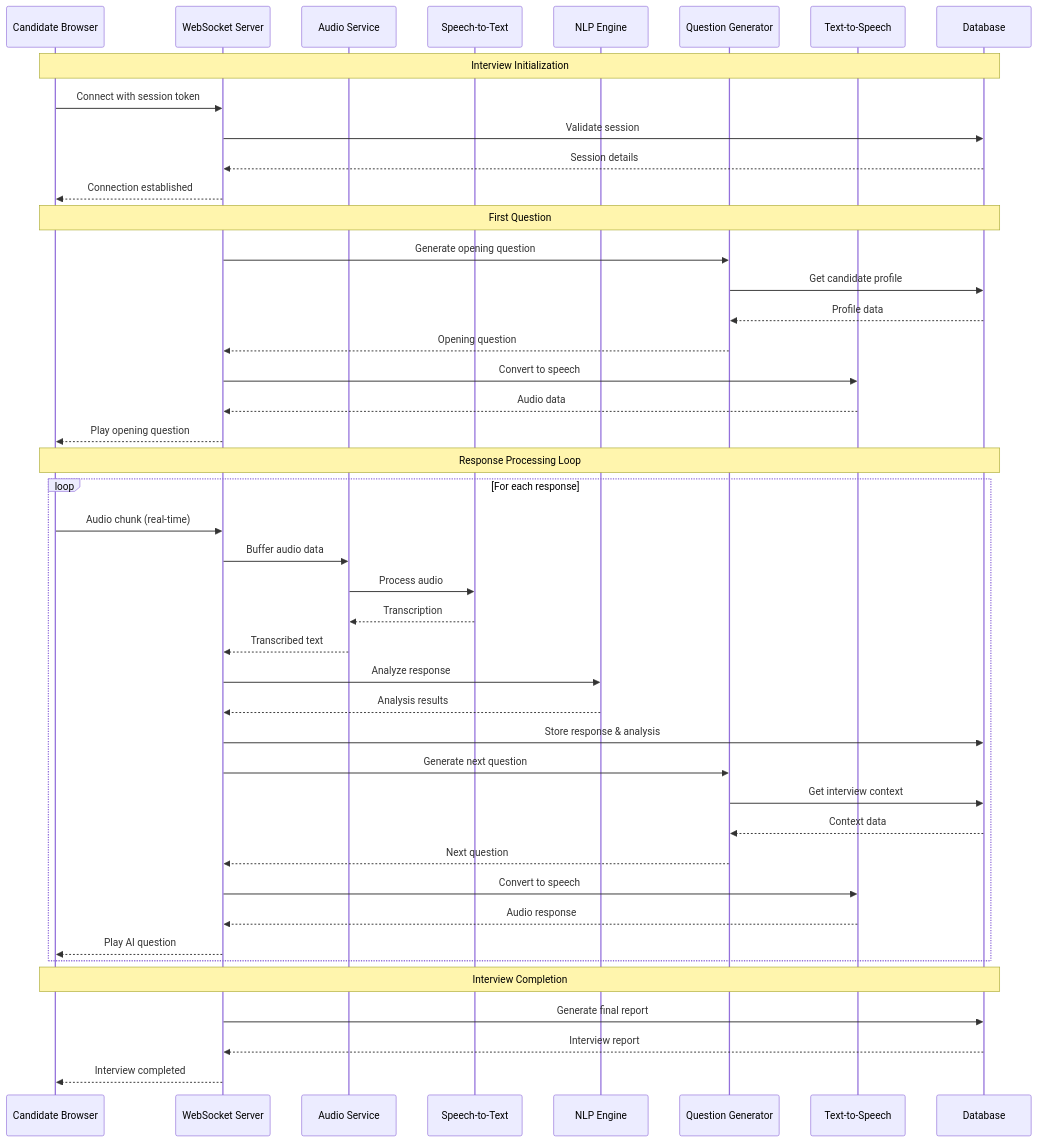
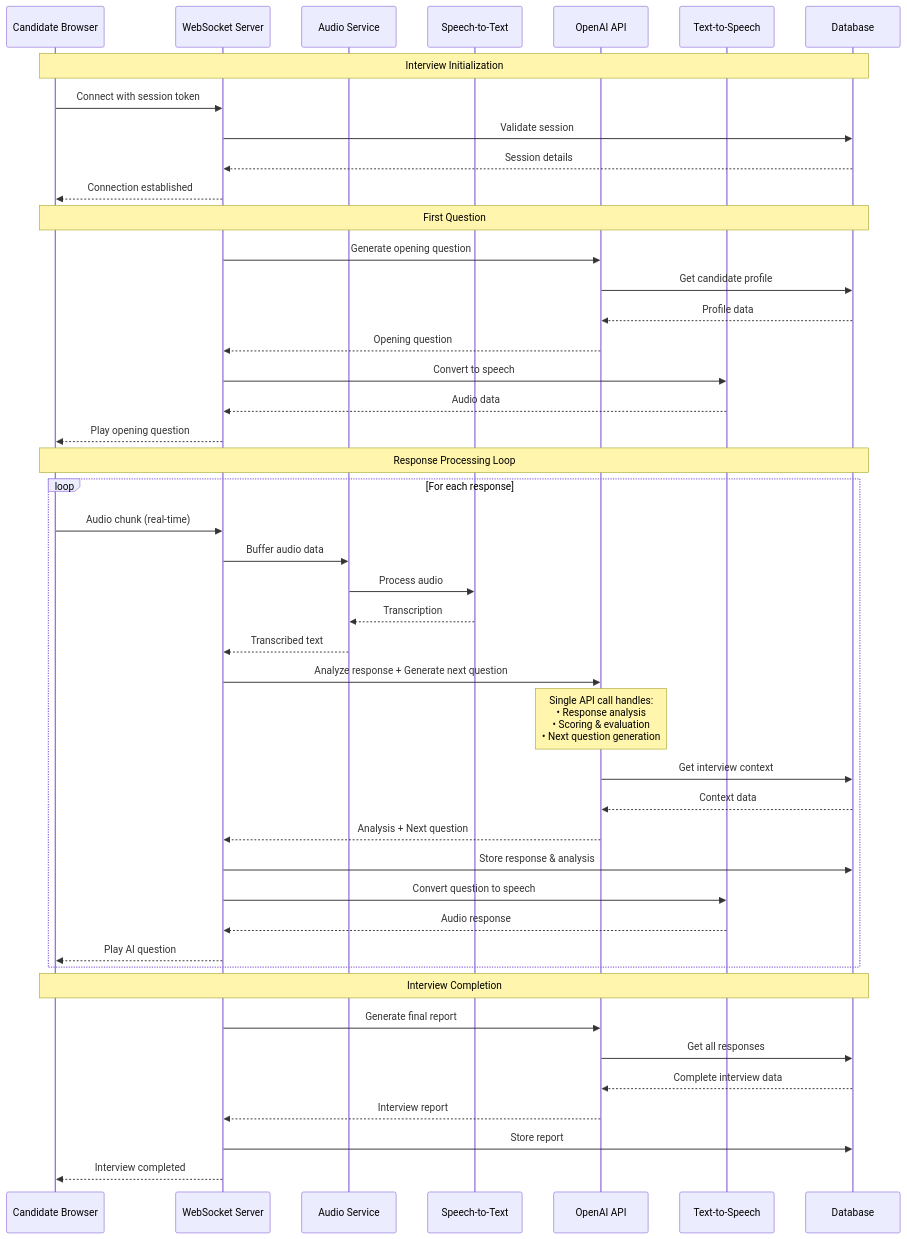
Before and after one commit to Harsh-31/test-cursor: the second of 9 diagrams in System_Flow_Diagrams.md, drawn with Mermaid. The commit also changed other lines of this file and 1 other file, not shown here.

Commit message:
Refactor system architecture to use OpenAI API for NLP tasks

````diff
--- a/System_Flow_Diagrams.md
+++ b/System_Flow_Diagrams.md
@@ -36,53 +36,53 @@
 ```mermaid
 sequenceDiagram
     participant C as Candidate Browser
     participant WS as WebSocket Server
     participant AS as Audio Service
     participant STT as Speech-to-Text
-    participant NLP as NLP Engine
-    participant QG as Question Generator
+    participant OAI as OpenAI API
     participant TTS as Text-to-Speech
     participant DB as Database
     
     Note over C,DB: Interview Initialization
     C->>WS: Connect with session token
     WS->>DB: Validate session
     DB-->>WS: Session details
     WS-->>C: Connection established
     
     Note over C,DB: First Question
-    WS->>QG: Generate opening question
-    QG->>DB: Get candidate profile
-    DB-->>QG: Profile data
-    QG-->>WS: Opening question
+    WS->>OAI: Generate opening question
+    OAI->>DB: Get candidate profile
+    DB-->>OAI: Profile data
+    OAI-->>WS: Opening question
     WS->>TTS: Convert to speech
     TTS-->>WS: Audio data
     WS-->>C: Play opening question
     
     Note over C,DB: Response Processing Loop
     loop For each response
         C->>WS: Audio chunk (real-time)
         WS->>AS: Buffer audio data
         AS->>STT: Process audio
         STT-->>AS: Transcription
         AS-->>WS: Transcribed text
         
-        WS->>NLP: Analyze response
-        NLP-->>WS: Analysis results
+        WS->>OAI: Analyze response + Generate next question
+        Note over OAI: Single API call handles:<br/>• Response analysis<br/>• Scoring & evaluation<br/>• Next question generation
+        OAI->>DB: Get interview context
+        DB-->>OAI: Context data
+        OAI-->>WS: Analysis + Next question
+        
         WS->>DB: Store response & analysis
-        
-        WS->>QG: Generate next question
-        QG->>DB: Get interview context
-        DB-->>QG: Context data
-        QG-->>WS: Next question
-        
-        WS->>TTS: Convert to speech
+        WS->>TTS: Convert question to speech
         TTS-->>WS: Audio response
         WS-->>C: Play AI question
     end
     
     Note over C,DB: Interview Completion
-    WS->>DB: Generate final report
-    DB-->>WS: Interview report
+    WS->>OAI: Generate final report
+    OAI->>DB: Get all responses
+    DB-->>OAI: Complete interview data
+    OAI-->>WS: Interview report
+    WS->>DB: Store report
     WS-->>C: Interview completed
 ```
````
